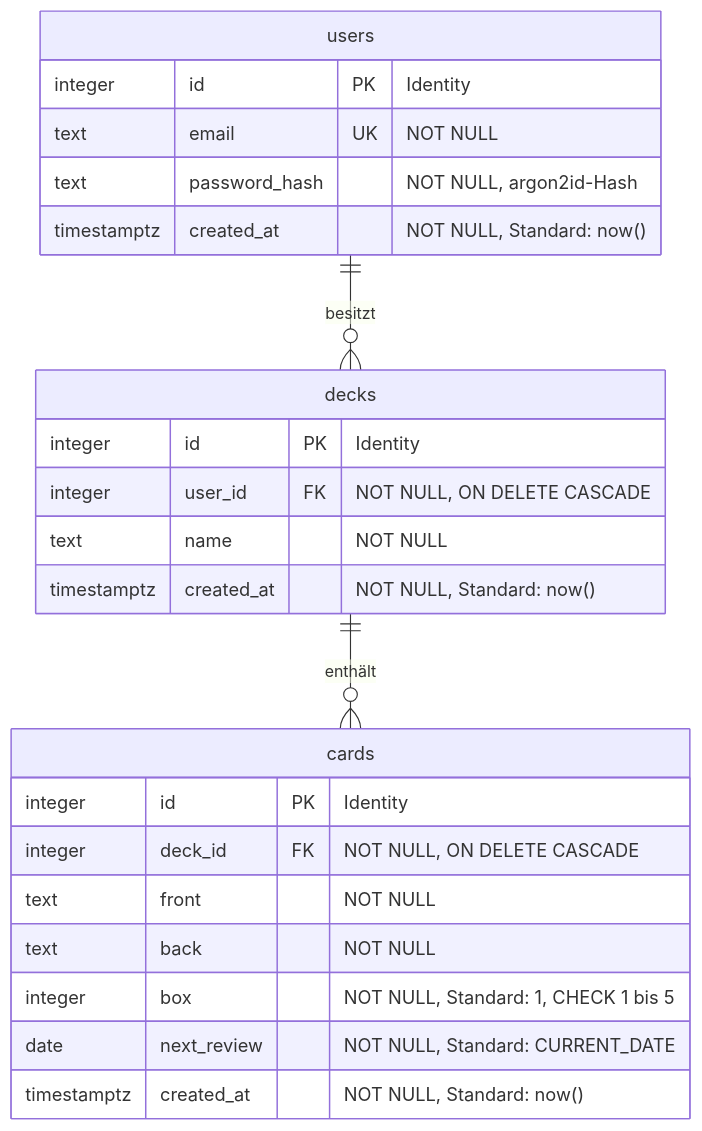
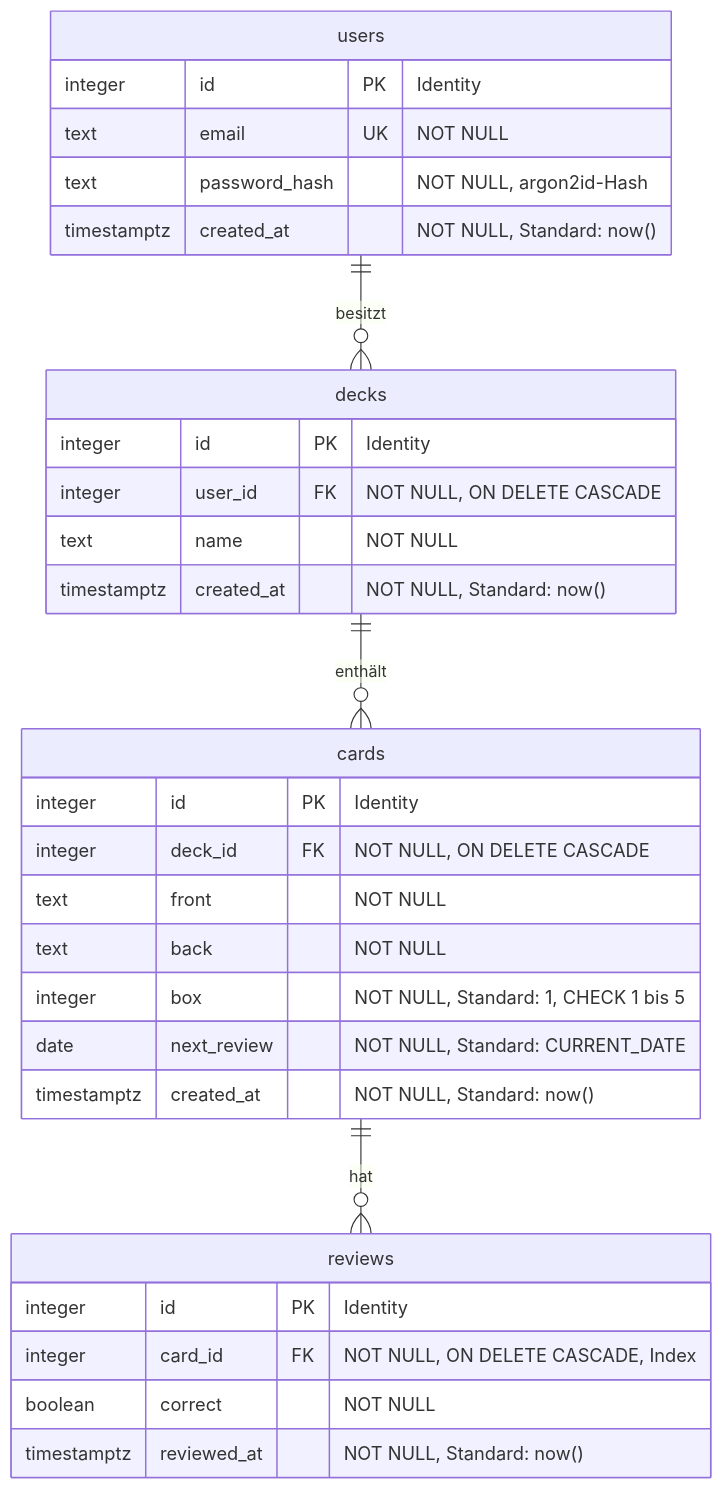
The diagram in docs/Datenmodell.md (PhilipWie/flashcards-app), drawn with Mermaid before and after one commit. The commit also changed other lines of this file and 27 other files, not shown here.

````diff
--- a/docs/Datenmodell.md
+++ b/docs/Datenmodell.md
@@ -11,29 +11,37 @@
 ```mermaid
 erDiagram
     users ||--o{ decks : "besitzt"
     decks ||--o{ cards : "enthält"
+    cards ||--o{ reviews : "hat"
  
     users {
         integer id PK "Identity"
         text email UK "NOT NULL"
         text password_hash "NOT NULL, argon2id-Hash"
         timestamptz created_at "NOT NULL, Standard: now()"
     }
  
     decks {
         integer id PK "Identity"
         integer user_id FK "NOT NULL, ON DELETE CASCADE"
         text name "NOT NULL"
         timestamptz created_at "NOT NULL, Standard: now()"
     }
  
     cards {
         integer id PK "Identity"
         integer deck_id FK "NOT NULL, ON DELETE CASCADE"
         text front "NOT NULL"
         text back "NOT NULL"
         integer box "NOT NULL, Standard: 1, CHECK 1 bis 5"
         date next_review "NOT NULL, Standard: CURRENT_DATE"
         timestamptz created_at "NOT NULL, Standard: now()"
     }
+
+    reviews {
+        integer id PK "Identity"
+        integer card_id FK "NOT NULL, ON DELETE CASCADE, Index"
+        boolean correct "NOT NULL"
+        timestamptz reviewed_at "NOT NULL, Standard: now()"
+    }
 ```
````
